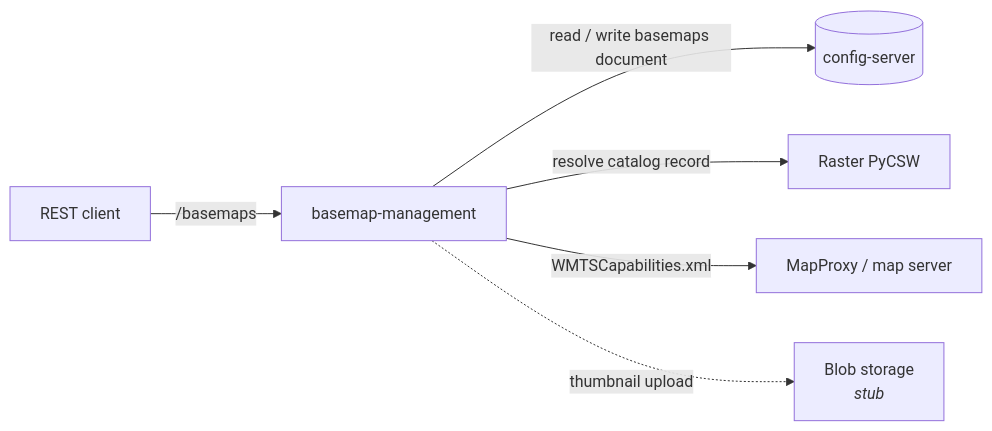
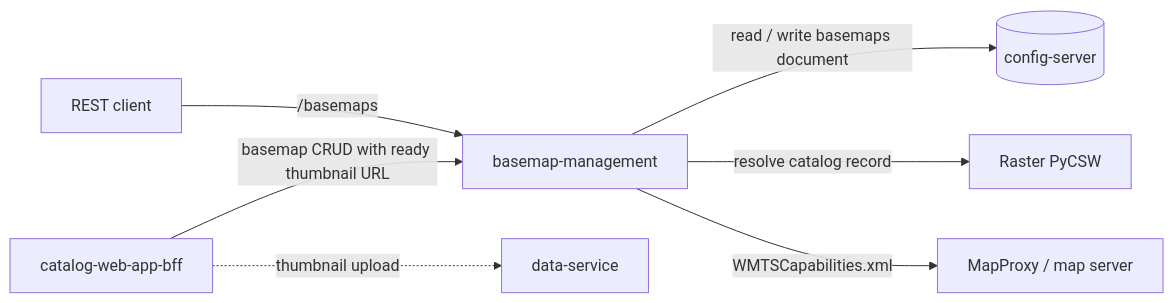
The diagram in README.md (MapColonies/basemap-management), drawn with Mermaid before and after one commit. The commit also changed other lines of this file and 33 other files, not shown here.

First line of the commit message:
fix: move thumbnails upload from BMM to BFF (MAPCO-11724) (#42)

````diff
--- a/README.md
+++ b/README.md
@@ -18,8 +18,9 @@
 ```mermaid
 flowchart LR
   client[REST client] -->|/basemaps| svc[basemap-management]
   svc -->|read / write basemaps document| cs[(config-server)]
   svc -->|resolve catalog record| rc[Raster PyCSW]
   svc -->|WMTSCapabilities.xml| ms[MapProxy / map server]
-  svc -.->|thumbnail upload| bs[Blob storage<br/><i>stub</i>]
+  bff[catalog-web-app-bff] -.->|thumbnail upload| ds[data-service]
+  bff -->|basemap CRUD with ready thumbnail URL| svc
 ```
````
